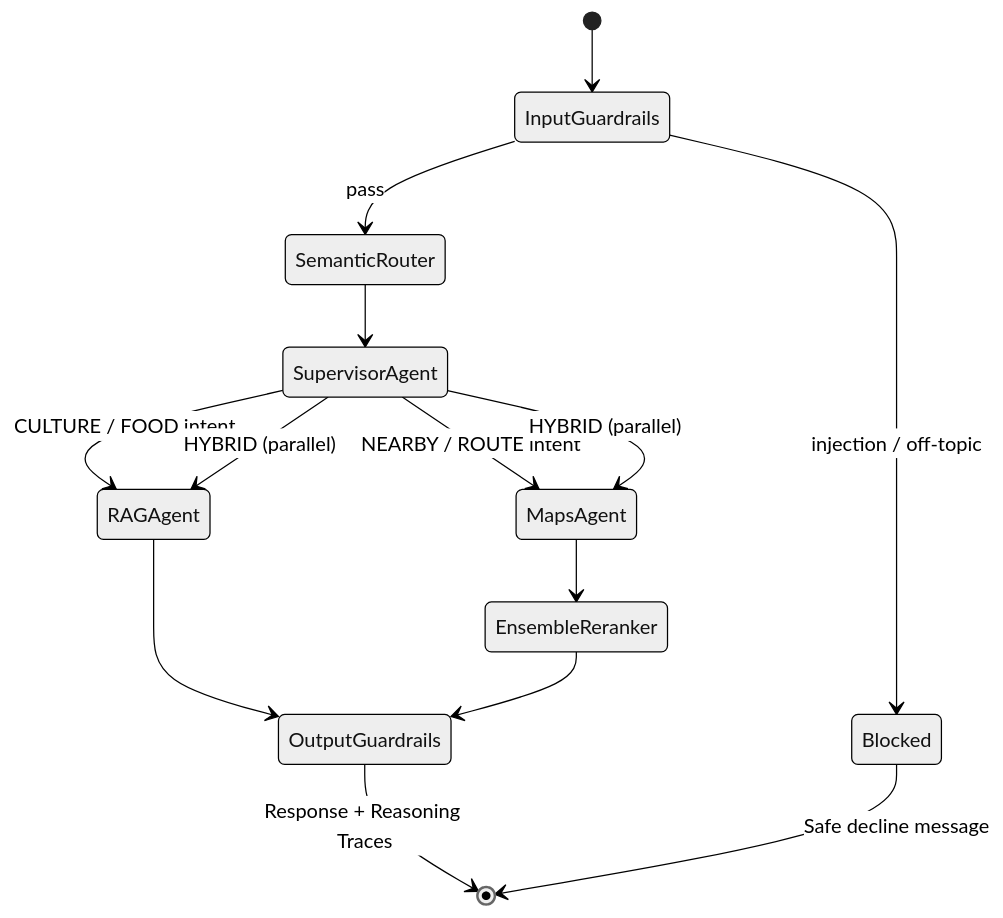
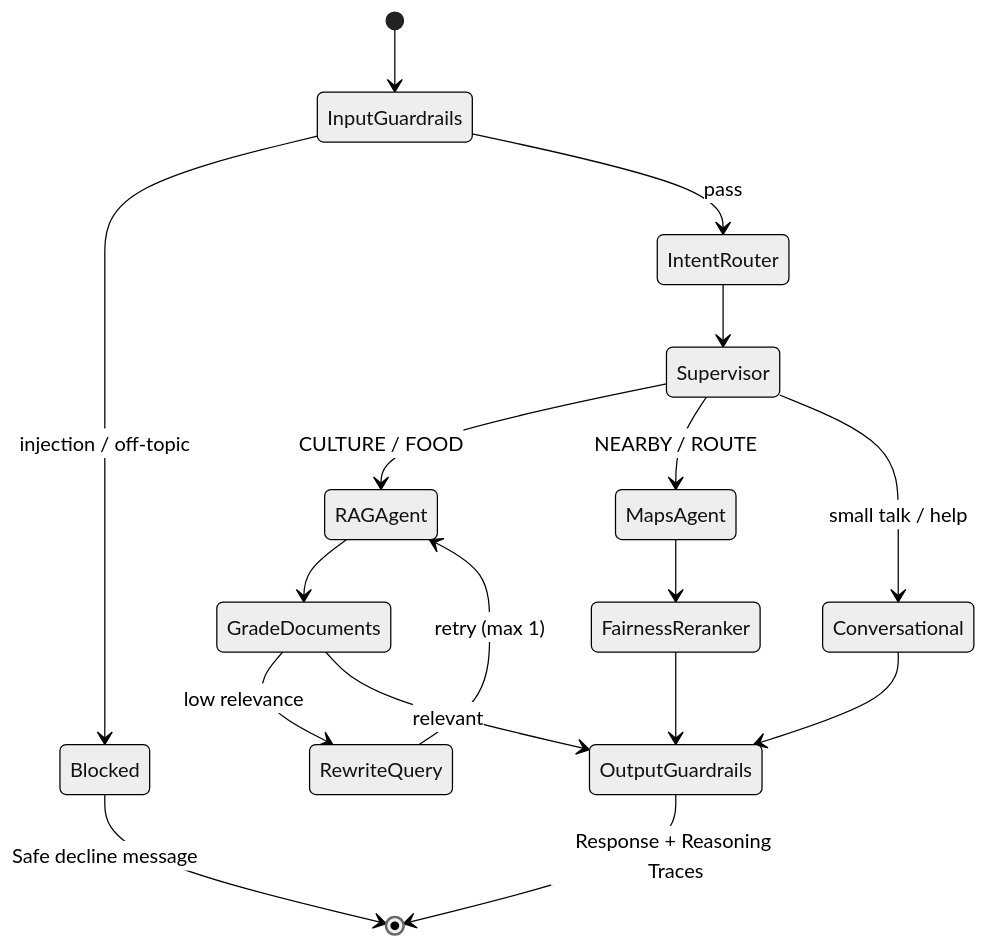
The second of 9 diagrams in docs/REQUIREMENTS.md (thanhnndev/citd-hk1-project), drawn with Mermaid (neutral theme) before and after one commit. The commit also changed other lines of this file, not shown here.

````diff
--- a/docs/REQUIREMENTS.md
+++ b/docs/REQUIREMENTS.md
@@ -374,16 +408,19 @@
 ```mermaid
 stateDiagram-v2
     [*] --> InputGuardrails
     InputGuardrails --> Blocked : injection / off-topic
-    InputGuardrails --> SemanticRouter : pass
-    SemanticRouter --> SupervisorAgent
-    SupervisorAgent --> RAGAgent : CULTURE / FOOD intent
-    SupervisorAgent --> MapsAgent : NEARBY / ROUTE intent
-    SupervisorAgent --> RAGAgent : HYBRID (parallel)
-    SupervisorAgent --> MapsAgent : HYBRID (parallel)
-    RAGAgent --> OutputGuardrails
-    MapsAgent --> EnsembleReranker
-    EnsembleReranker --> OutputGuardrails
+    InputGuardrails --> IntentRouter : pass
+    IntentRouter --> Supervisor
+    Supervisor --> RAGAgent : CULTURE / FOOD
+    Supervisor --> MapsAgent : NEARBY / ROUTE
+    Supervisor --> Conversational : small talk / help
+    RAGAgent --> GradeDocuments
+    GradeDocuments --> RewriteQuery : low relevance
+    RewriteQuery --> RAGAgent : retry (max 1)
+    GradeDocuments --> OutputGuardrails : relevant
+    MapsAgent --> FairnessReranker
+    FairnessReranker --> OutputGuardrails
+    Conversational --> OutputGuardrails
     OutputGuardrails --> [*] : Response + Reasoning Traces
     Blocked --> [*] : Safe decline message
 ```
````
